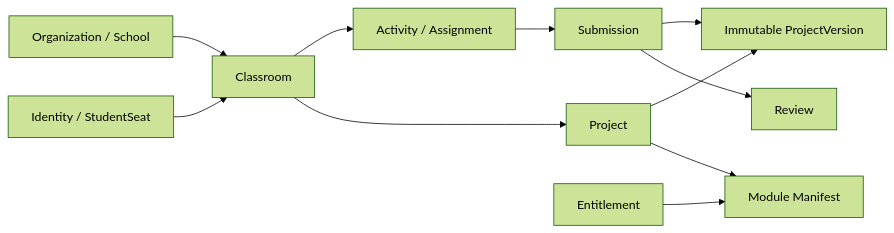
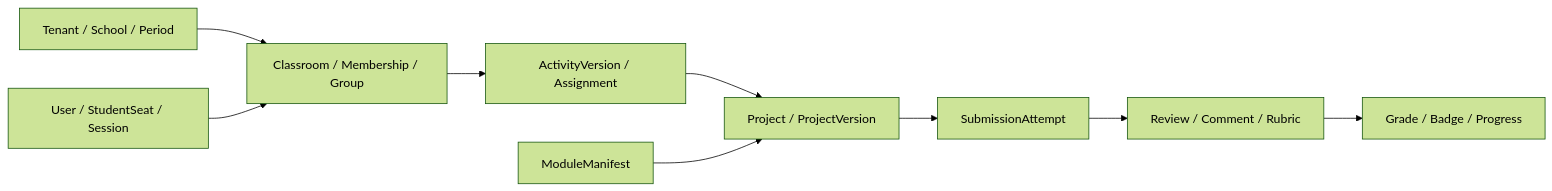
One commit to spikeal8-maker/asa-lab changed the third of 9 diagrams in docs/project-map/PROJECT_MAP.md. Above: the diagram before and after it, drawn with Mermaid (forest theme). The commit also changed other lines of this file, not shown here.

````diff
--- a/docs/project-map/PROJECT_MAP.md
+++ b/docs/project-map/PROJECT_MAP.md
@@ -115,24 +140,21 @@
 ```mermaid
 flowchart LR
-    ORG["Organization / School"]
-    ID["Identity / StudentSeat"]
-    CLS["Classroom"]
-    ACT["Activity / Assignment"]
-    PRJ["Project"]
-    VER["Immutable ProjectVersion"]
-    SUB["Submission"]
-    REV["Review"]
-    MOD["Module Manifest"]
-    ENT["Entitlement"]
+    ORG["Tenant / School / Period"]
+    ID["User / StudentSeat / Session"]
+    CLS["Classroom / Membership / Group"]
+    ACT["ActivityVersion / Assignment"]
+    PRJ["Project / ProjectVersion"]
+    SUB["SubmissionAttempt"]
+    REV["Review / Comment / Rubric"]
+    RESULT["Grade / Badge / Progress"]
+    MOD["ModuleManifest"]
 
     ORG --> CLS
     ID --> CLS
     CLS --> ACT
-    CLS --> PRJ
-    ACT --> SUB
-    PRJ --> VER
-    SUB --> VER
+    ACT --> PRJ
+    PRJ --> SUB
     SUB --> REV
-    PRJ --> MOD
-    ENT --> MOD
+    REV --> RESULT
+    MOD --> PRJ
 ```
````
